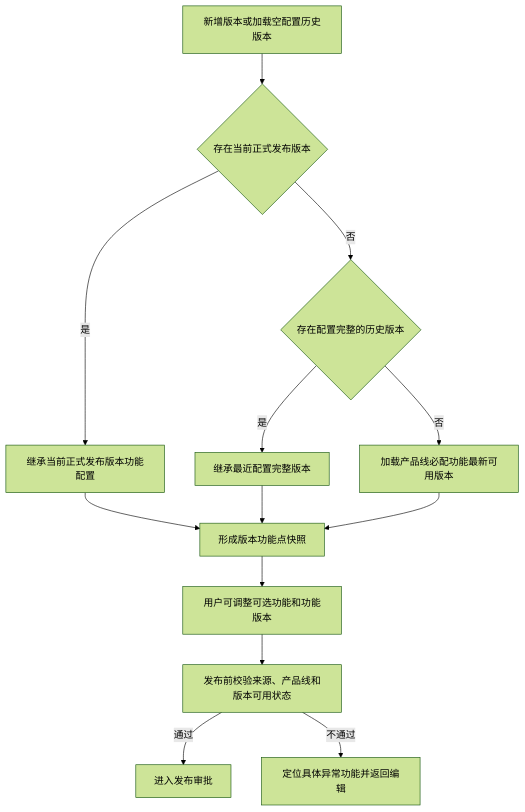
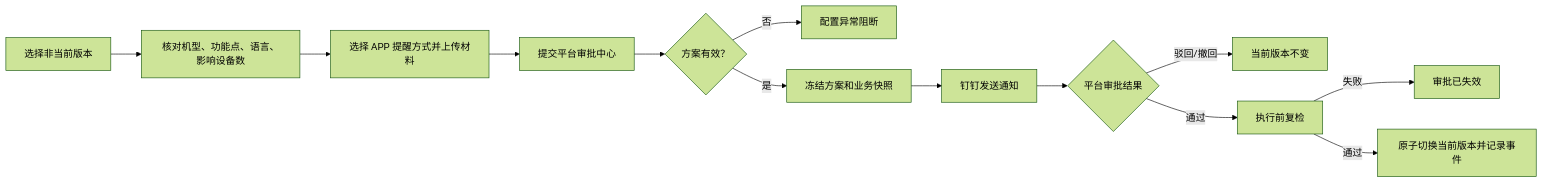
Before and after one commit to tangtangtang-tys/firmware-release-summary: the diagram in 产品文档/固件发布平台_本期迭代产品需求方案_V1.0.md, drawn with Mermaid (forest theme). The commit also changed other lines of this file, not shown here.

````diff
--- a/产品文档/固件发布平台_本期迭代产品需求方案_V1.0.md
+++ b/产品文档/固件发布平台_本期迭代产品需求方案_V1.0.md
@@ -296,15 +251,15 @@
 ```mermaid
-flowchart TD
-  A[新增版本或加载空配置历史版本] --> B{存在当前正式发布版本}
-  B -->|是| C[继承当前正式发布版本功能配置]
-  B -->|否| D{存在配置完整的历史版本}
-  D -->|是| E[继承最近配置完整版本]
-  D -->|否| F[加载产品线必配功能最新可用版本]
-  C --> G[形成版本功能点快照]
-  E --> G
-  F --> G
-  G --> H[用户可调整可选功能和功能版本]
-  H --> I[发布前校验来源、产品线和版本可用状态]
-  I -->|通过| J[进入发布审批]
-  I -->|不通过| K[定位具体异常功能并返回编辑]
+flowchart LR
+  A[选择非当前版本] --> B[核对机型、功能点、语言、影响设备数]
+  B --> C[选择 APP 提醒方式并上传材料]
+  C --> D[提交平台审批中心]
+  D --> E{方案有效？}
+  E -->|否| X[配置异常阻断]
+  E -->|是| F[冻结方案和业务快照]
+  F --> G[钉钉发送通知]
+  G --> H{平台审批结果}
+  H -->|驳回/撤回| Y[当前版本不变]
+  H -->|通过| I[执行前复检]
+  I -->|失败| Z[审批已失效]
+  I -->|通过| J[原子切换当前版本并记录事件]
 ```
````
